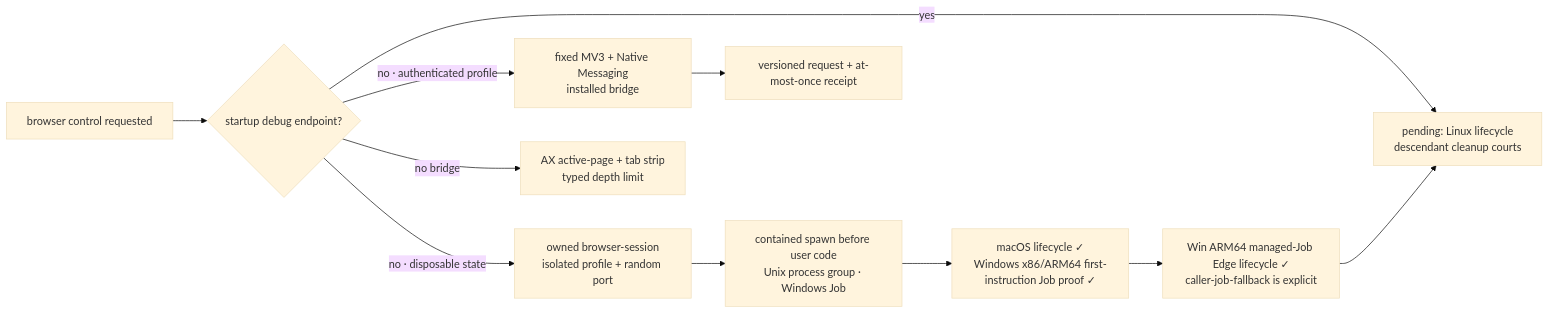
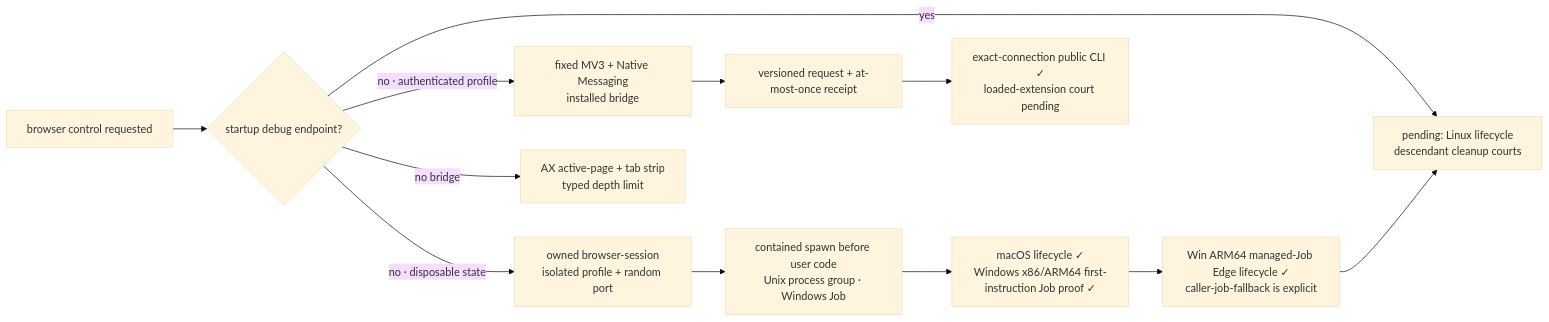
The second of 5 diagrams in prd/PRD_02_28_agenterm_cu.md (partnernetsoftware/agenterm), drawn with Mermaid (base theme) before and after one commit. The commit also changed other lines of this file and 14 other files, not shown here.

````diff
--- a/prd/PRD_02_28_agenterm_cu.md
+++ b/prd/PRD_02_28_agenterm_cu.md
@@ -380,13 +389,14 @@
 ```mermaid
 flowchart LR
   B["browser control requested"] --> D{"startup debug endpoint?"}
   D -->|yes| P["borrow exact PID/port<br/>owned=false"]
   D -->|no · disposable state| S["owned browser-session<br/>isolated profile + random port"]
   D -->|no · authenticated profile| X["fixed MV3 + Native Messaging<br/>installed bridge"]
   D -->|no bridge| A["AX active-page + tab strip<br/>typed depth limit"]
   S --> C["contained spawn before user code<br/>Unix process group · Windows Job"]
   C --> E["macOS lifecycle ✓<br/>Windows x86/ARM64 first-instruction Job proof ✓"]
   E --> W["Win ARM64 managed-Job Edge lifecycle ✓<br/>caller-job-fallback is explicit"]
   W --> P["pending: Linux lifecycle<br/>descendant cleanup courts"]
   X --> R["versioned request + at-most-once receipt"]
+  R --> Y["exact-connection public CLI ✓<br/>loaded-extension court pending"]
 ```
````
